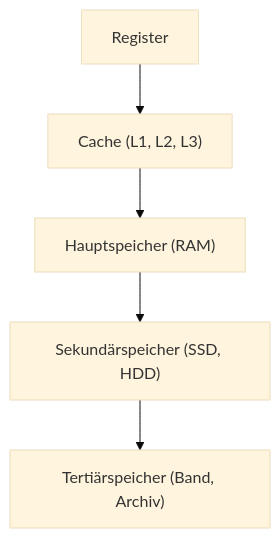
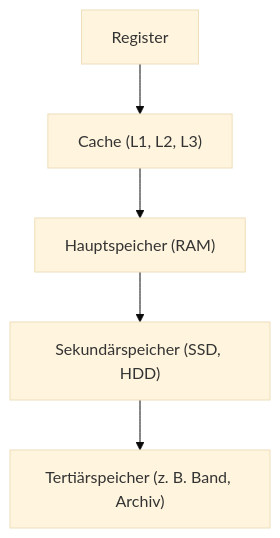
One commit to seanconroy-dev/FIAE_Umschulung_Notes changed the first of 3 diagrams in notes/2026/Systemtechnik/WED/2026-03-17_Systemtechnik_WED_speicherhierarchie.md. Above: the diagram before and after it, drawn with Mermaid (base theme). The commit also changed other lines of this file, not shown here.

````diff
--- a/notes/2026/Systemtechnik/WED/2026-03-17_Systemtechnik_WED_speicherhierarchie.md
+++ b/notes/2026/Systemtechnik/WED/2026-03-17_Systemtechnik_WED_speicherhierarchie.md
@@ -40,13 +44,13 @@
 ```mermaid
 flowchart TB
   A["Register"]
   B["Cache (L1, L2, L3)"]
   C["Hauptspeicher (RAM)"]
   D["Sekundärspeicher (SSD, HDD)"]
-  E["Tertiärspeicher (Band, Archiv)"]
+  E["Tertiärspeicher (z. B. Band, Archiv)"]
 
   A --> B
   B --> C
   C --> D
   D --> E
 ```
````
